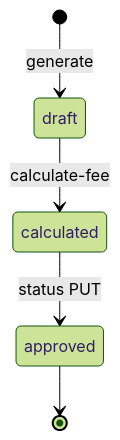
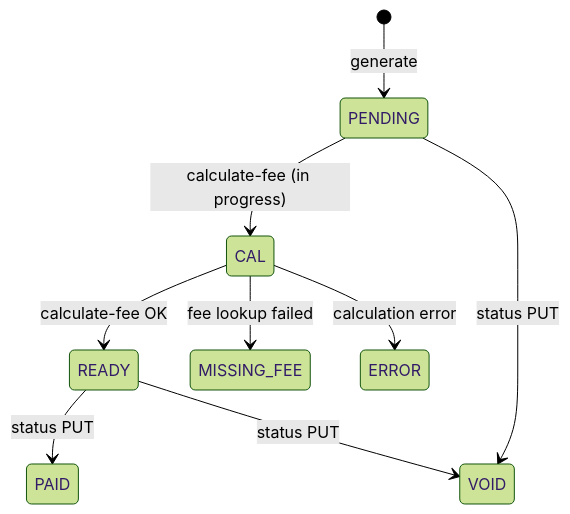
One commit to santanapol/ai-agent-template changed the diagram in docs/specs/backend/agent-invoice/business-domain.md. Above: the diagram before and after it, drawn with Mermaid (forest theme). The commit also changed other lines of this file and 64 other files, not shown here.

````diff
--- a/docs/specs/backend/agent-invoice/business-domain.md
+++ b/docs/specs/backend/agent-invoice/business-domain.md
@@ -23,7 +23,11 @@
 ```mermaid
 stateDiagram-v2
-  [*] --> draft: generate
-  draft --> calculated: calculate-fee
-  calculated --> approved: status PUT
-  approved --> [*]
+  [*] --> PENDING: generate
+  PENDING --> CAL: calculate-fee (in progress)
+  CAL --> READY: calculate-fee OK
+  CAL --> MISSING_FEE: fee lookup failed
+  CAL --> ERROR: calculation error
+  READY --> PAID: status PUT
+  READY --> VOID: status PUT
+  PENDING --> VOID: status PUT
 ```
````
